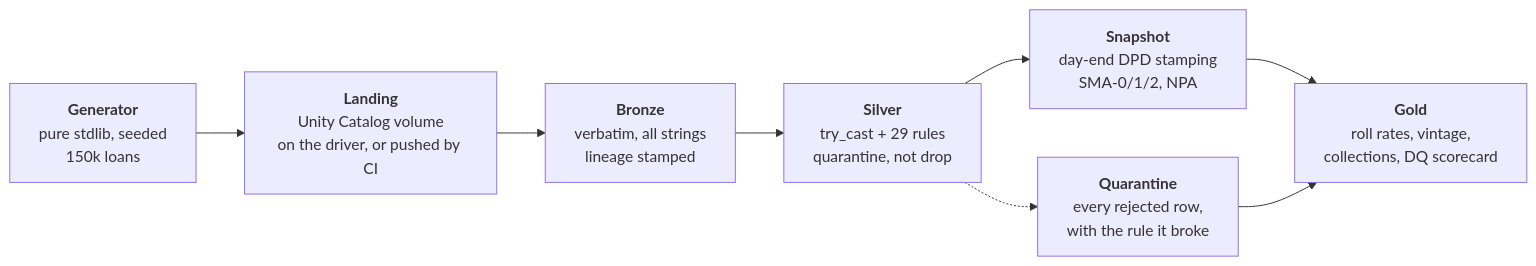
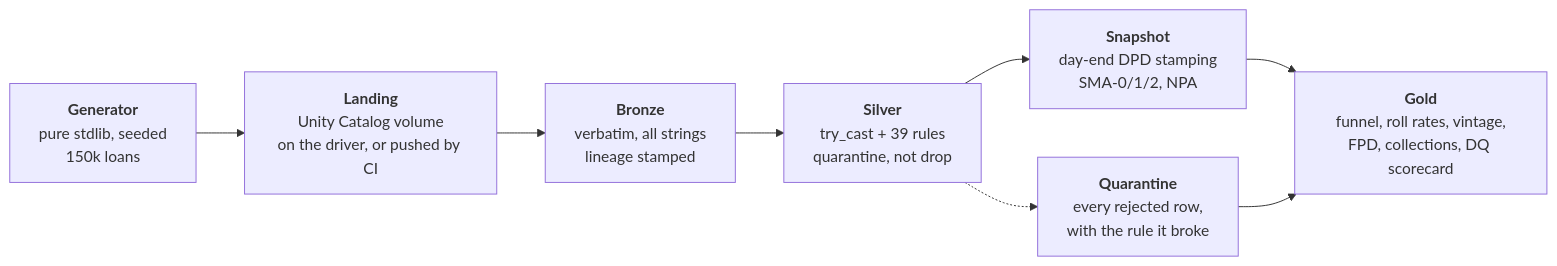
The diagram in README.md (Git-ShivamPatil/bfsi-lending-lakehouse), drawn with Mermaid before and after one commit. The commit also changed other lines of this file and 12 other files, not shown here.

````diff
--- a/README.md
+++ b/README.md
@@ -90,10 +90,10 @@
 ```mermaid
 flowchart LR
     G["<b>Generator</b><br/>pure stdlib, seeded<br/>150k loans"] --> L["<b>Landing</b><br/>Unity Catalog volume<br/>on the driver, or pushed by CI"]
     L --> B["<b>Bronze</b><br/>verbatim, all strings<br/>lineage stamped"]
-    B --> S["<b>Silver</b><br/>try_cast + 29 rules<br/>quarantine, not drop"]
+    B --> S["<b>Silver</b><br/>try_cast + 39 rules<br/>quarantine, not drop"]
     S --> N["<b>Snapshot</b><br/>day-end DPD stamping<br/>SMA-0/1/2, NPA"]
-    N --> D["<b>Gold</b><br/>roll rates, vintage,<br/>collections, DQ scorecard"]
+    N --> D["<b>Gold</b><br/>funnel, roll rates, vintage,<br/>FPD, collections, DQ scorecard"]
     S -.-> Q["<b>Quarantine</b><br/>every rejected row,<br/>with the rule it broke"]
     Q --> D
 ```
````
